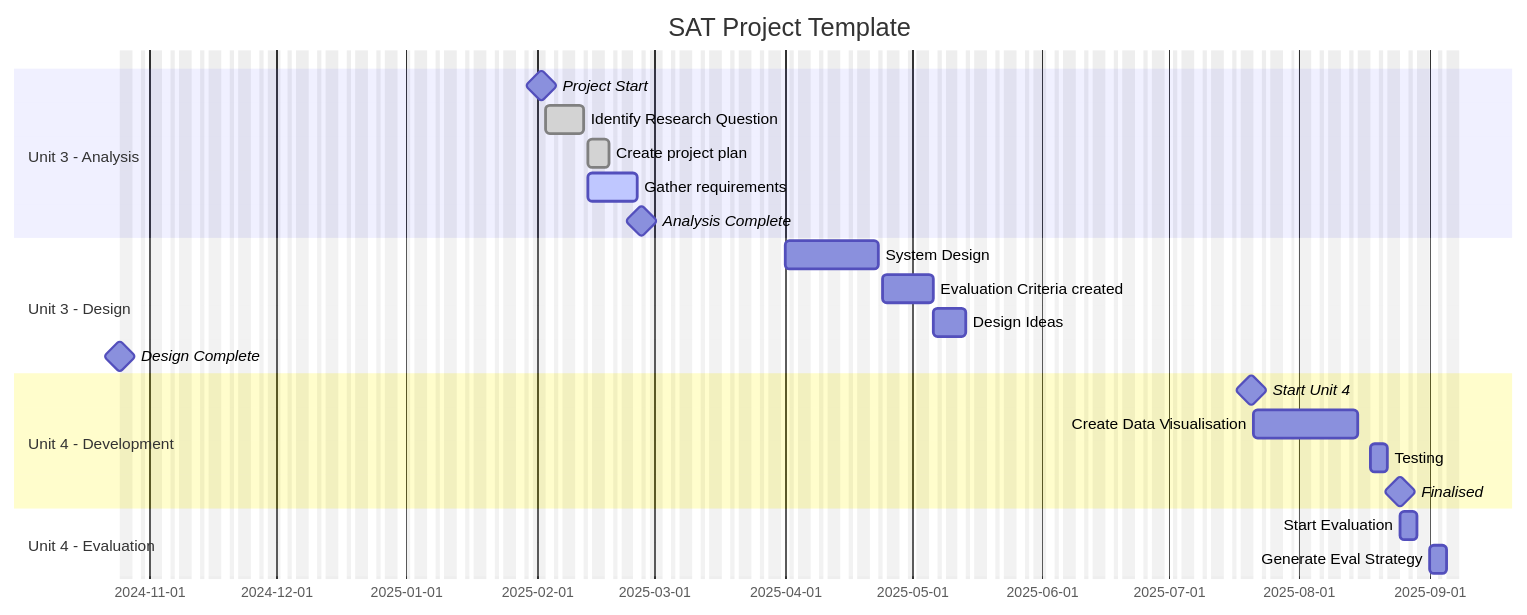
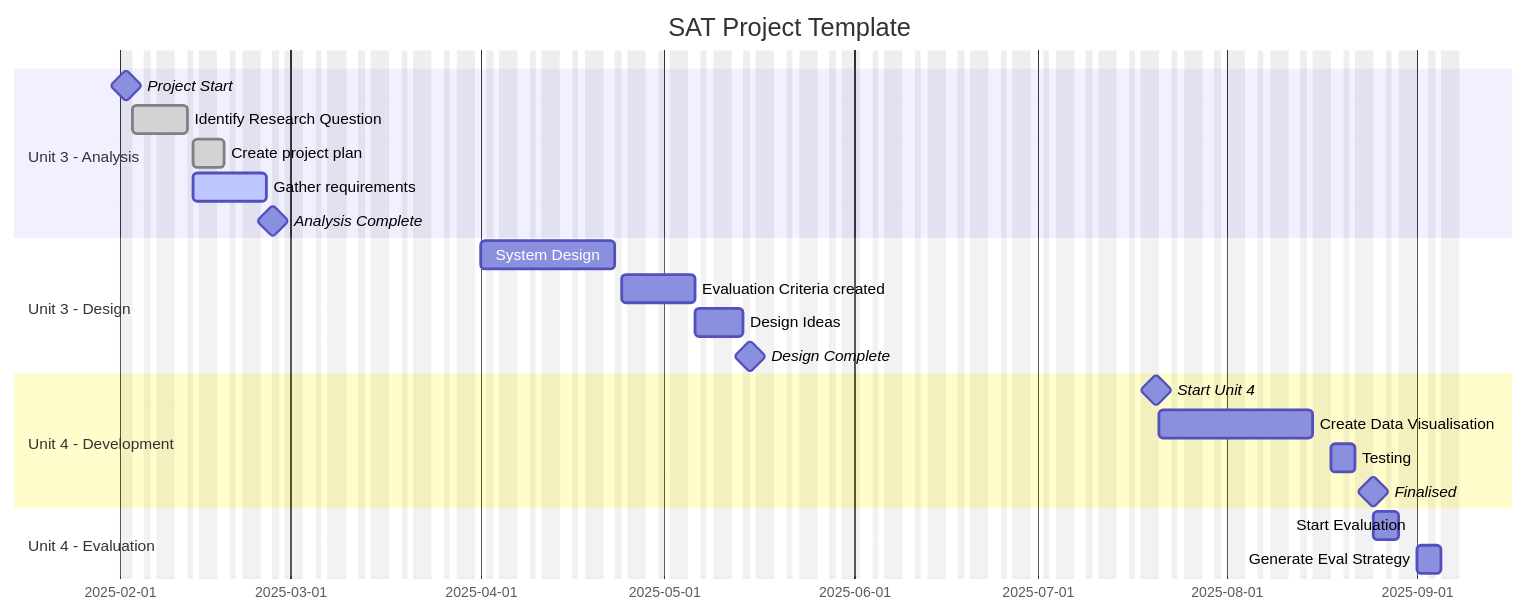
One commit to HeathmontDataAnalytics/heathmontdataanalytics.github.io changed the diagram in topics/project-management.md. Above: the diagram before and after it, drawn with Mermaid.

Commit message:
Update project-management.md - There's always some dumb error

````diff
--- a/topics/project-management.md
+++ b/topics/project-management.md
@@ -28,29 +28,29 @@
 ```mermaid
     gantt
     title SAT Project Template
     dateFormat DD/MM/YYYY
     excludes weekends, Wednesday, Friday
 
     section Unit 3 - Analysis
     Project Start               :milestone, a1, 01/02/2025, 1d
     Identify Research Question  : done, a2, after a1,  5d
     Create project plan         : done, a3, after a2, 2d
     Gather requirements         : active, a4, after a2, 5d 
     Analysis Complete           : milestone, after a3 a4, 1d
 
     section Unit 3 - Design
     System Design               : d1, 01/04/2025, 10d
     Evaluation Criteria created : d2, after d1, 5d
     Design Ideas                : d3, after d2, 4d
-    Design Complete             : milestone,  dm, after d4, 0d
+    Design Complete             : milestone,  dm, after d3, 0d
 
     section Unit 4 - Development
     Start Unit 4                : milestone, devstart, 20/07/2025, 1d
     Create Data Visualisation   : dev1, after devstart, 12d
     Testing                     : dev2, after dev1, 3d
     Finalised                   : milestone, devm, after dev2, 0d
 
     section Unit 4 - Evaluation
     Start Evaluation            : e1, after devm, 3d
     Generate Eval Strategy      : e2, after e1, 3d
 ```
````
